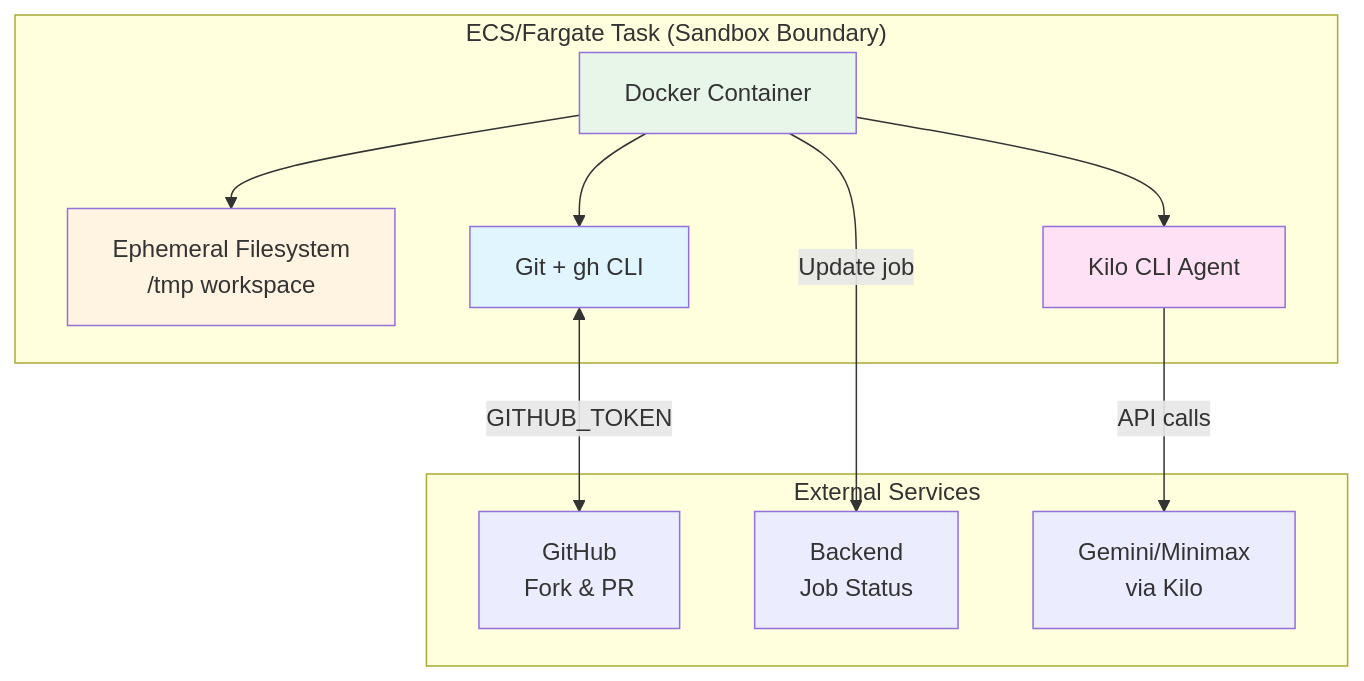
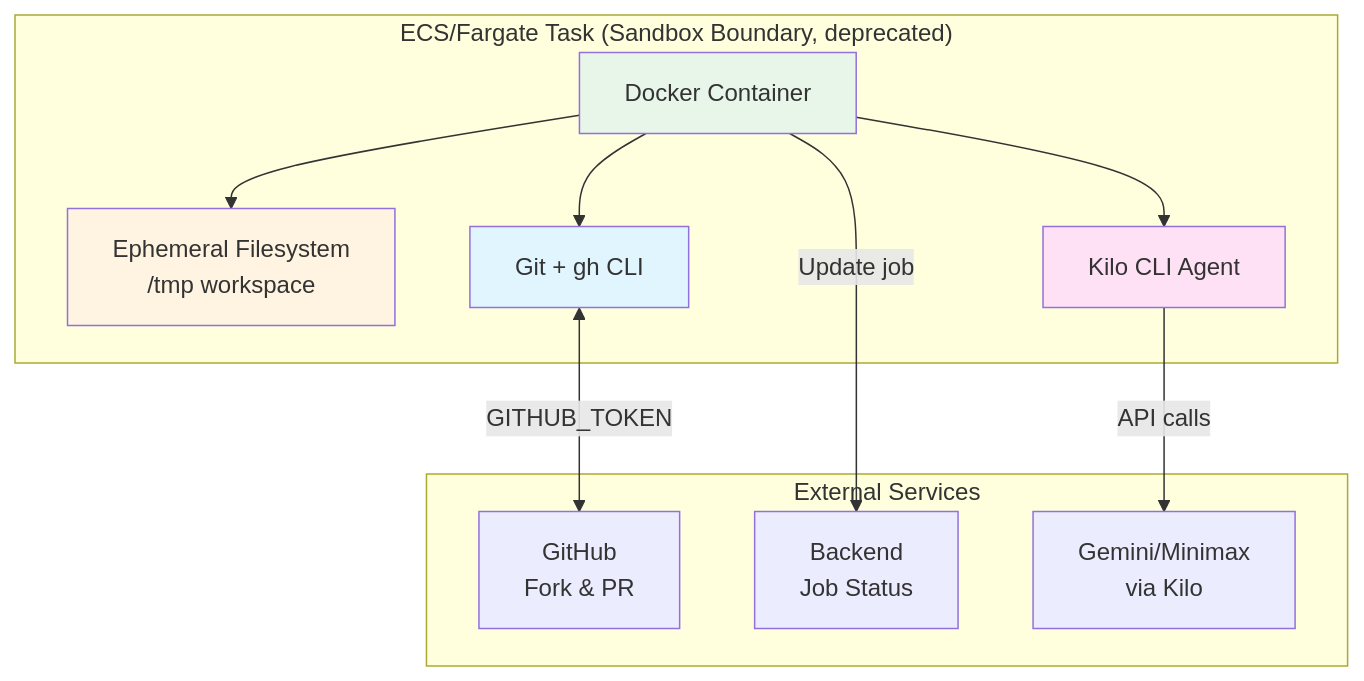
Before and after one commit to altock/soulcaster: the second of 5 diagrams in documentation/coding_agent_sandbox_architecture.md, drawn with Mermaid. The commit also changed other lines of this file and 2 other files, not shown here.

Commit message:
refactor: Update documentation to reflect E2B sandbox as the primary coding agent execution path and deprecate ECS/Fargate references

````diff
--- a/documentation/coding_agent_sandbox_architecture.md
+++ b/documentation/coding_agent_sandbox_architecture.md
@@ -77,28 +92,28 @@
 ```mermaid
 graph TB
-    subgraph "ECS/Fargate Task (Sandbox Boundary)"
+    subgraph "ECS/Fargate Task (Sandbox Boundary, deprecated)"
         Container[Docker Container]
         FS[Ephemeral Filesystem<br/>/tmp workspace]
         Kilo[Kilo CLI Agent]
         Git[Git + gh CLI]
         
         Container --> FS
         Container --> Kilo
         Container --> Git
     end
     
     subgraph "External Services"
         GitHub[GitHub<br/>Fork & PR]
         Backend[Backend<br/>Job Status]
         Provider[Gemini/Minimax<br/>via Kilo]
     end
     
     Git <-->|GITHUB_TOKEN| GitHub
     Kilo -->|API calls| Provider
     Container -->|Update job| Backend
     
     style Container fill:#e8f5e9
     style FS fill:#fff4e1
     style Kilo fill:#ffe1f5
     style Git fill:#e1f5ff
 ```
````
